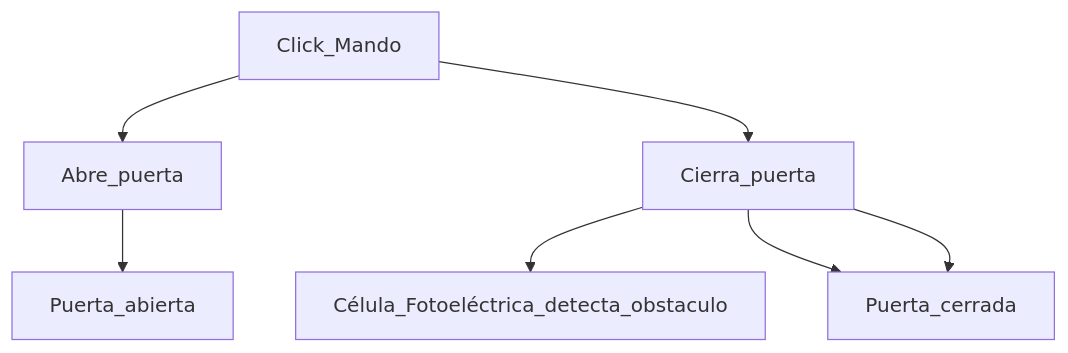
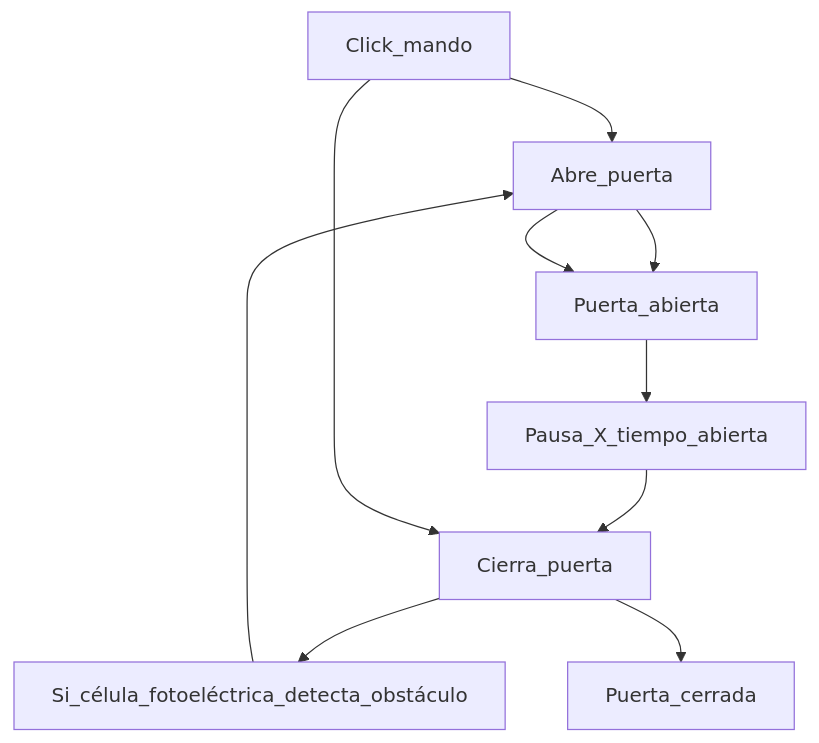
The diagram in README.md (ABarrosoG/sliding-door-garage), drawn with Mermaid before and after one commit.

````diff
--- a/README.md
+++ b/README.md
@@ -21,12 +21,10 @@
 ```mermaid
 graph TD;
-    Click_Mando-->Abre_puerta;
+    Click_mando-->Abre_puerta-->Puerta_abierta-->Pausa_X_tiempo_abierta-->Cierra_puerta;
     Abre_puerta-->Puerta_abierta;
-    Click_Mando-->Cierra_puerta;
-    Cierra_puerta-->Célula_Fotoeléctrica_detecta_obstaculo;
+    Click_mando-->Cierra_puerta;
+    Cierra_puerta-->Si_célula_fotoeléctrica_detecta_obstáculo-->Abre_puerta;
     Cierra_puerta-->Puerta_cerrada;
     
-    Cierra_puerta-->Puerta_cerrada;
-    Puerta_cerrada;
-    Puerta_abierta;
+
 ```
````
